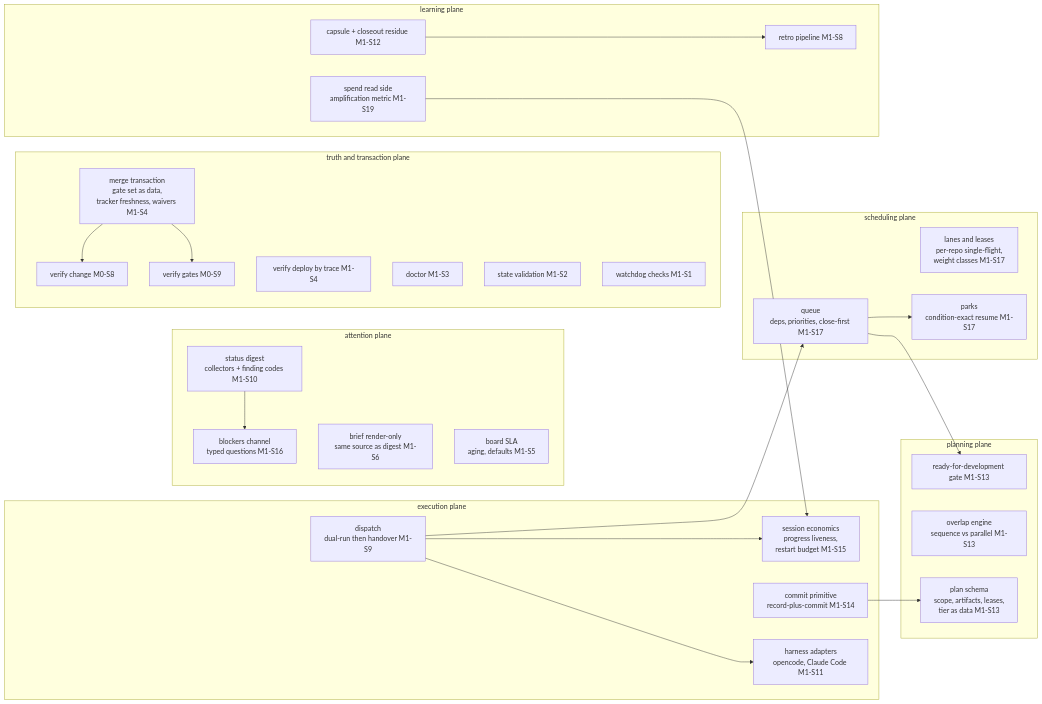
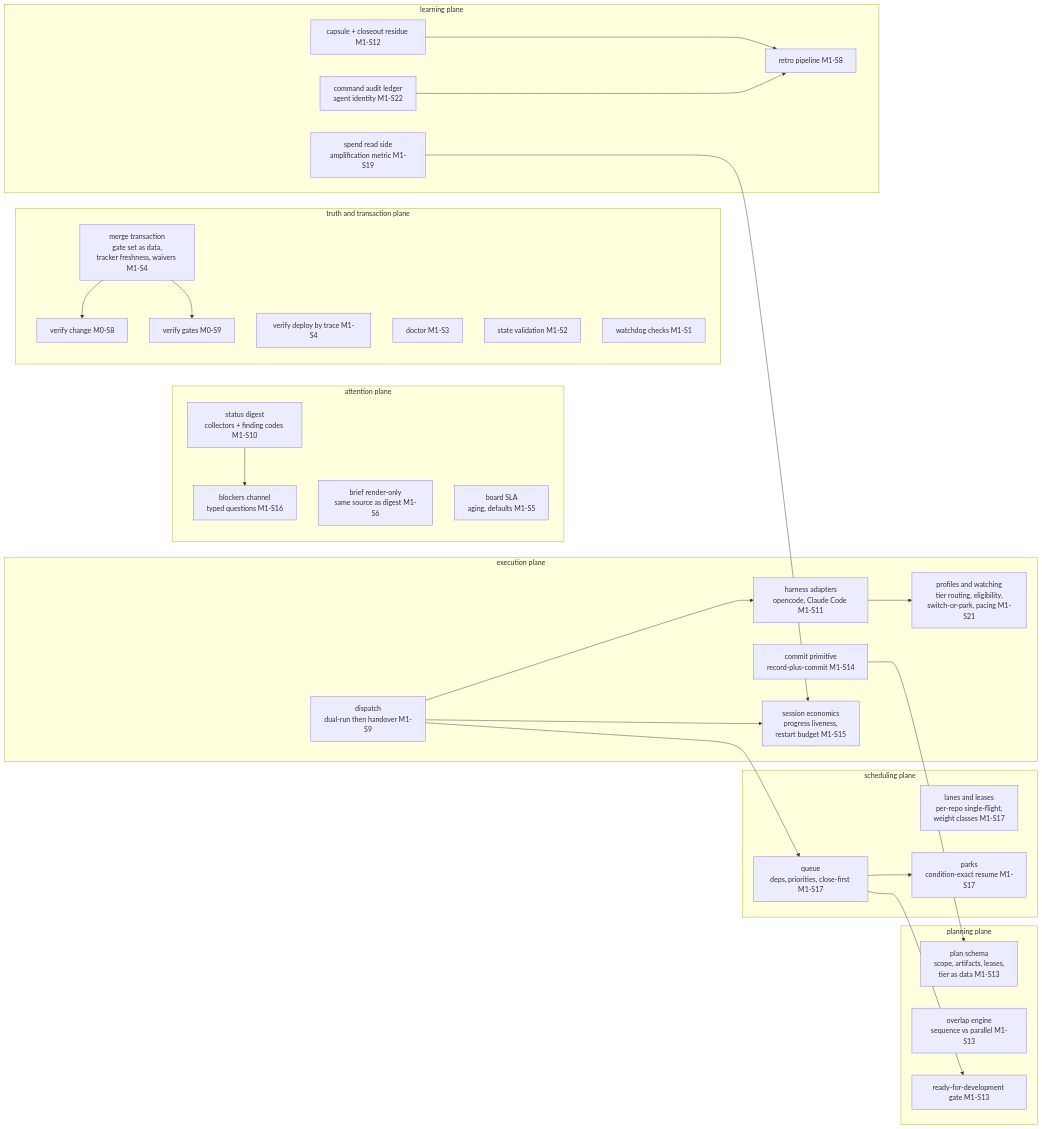
One commit to juliusz-cwiakalski/agentic-delivery-os changed the third of 8 diagrams in doc/planning/oss-tooling/milestones/m1/architecture.md. Above: the diagram before and after it, drawn with Mermaid. The commit also changed other lines of this file and 24 other files, not shown here.

````diff
--- a/doc/planning/oss-tooling/milestones/m1/architecture.md
+++ b/doc/planning/oss-tooling/milestones/m1/architecture.md
@@ -86,50 +86,54 @@
 ```mermaid
 flowchart LR
     subgraph attention [attention plane]
         ST[status digest<br/>collectors + finding codes M1-S10]
         BR[brief render-only<br/>same source as digest M1-S6]
         BD[board SLA<br/>aging, defaults M1-S5]
         BLK[blockers channel<br/>typed questions M1-S16]
     end
     subgraph truth [truth and transaction plane]
         VC[verify change M0-S8]
         VG[verify gates M0-S9]
         MG[merge transaction<br/>gate set as data,<br/>tracker freshness, waivers M1-S4]
         VD[verify deploy by trace M1-S4]
         DR[doctor M1-S3]
         SV[state validation M1-S2]
         WD[watchdog checks M1-S1]
     end
     subgraph planp [planning plane]
         PS[plan schema<br/>scope, artifacts, leases,<br/>tier as data M1-S13]
         OV[overlap engine<br/>sequence vs parallel M1-S13]
         RDY[ready-for-development gate M1-S13]
     end
     subgraph schedp [scheduling plane]
         QU[queue<br/>deps, priorities, close-first M1-S17]
         LN[lanes and leases<br/>per-repo single-flight,<br/>weight classes M1-S17]
         PK[parks<br/>condition-exact resume M1-S17]
     end
     subgraph exec [execution plane]
         DP[dispatch<br/>dual-run then handover M1-S9]
         HA[harness adapters<br/>opencode, Claude Code M1-S11]
         CM[commit primitive<br/>record-plus-commit M1-S14]
         SE[session economics<br/>progress liveness,<br/>restart budget M1-S15]
+        PF[profiles and watching<br/>tier routing, eligibility,<br/>switch-or-park, pacing M1-S21]
     end
     subgraph learn [learning plane]
         RT[retro pipeline M1-S8]
         CP[capsule + closeout residue M1-S12]
         SP[spend read side<br/>amplification metric M1-S19]
+        AUD[command audit ledger<br/>agent identity M1-S22]
     end
     ST --> BLK
     MG --> VG
     MG --> VC
     QU --> RDY
     QU --> PK
     DP --> HA
     DP --> SE
     DP --> QU
+    HA --> PF
     CM --> PS
     SP --> SE
     CP --> RT
+    AUD --> RT
 ```
````
